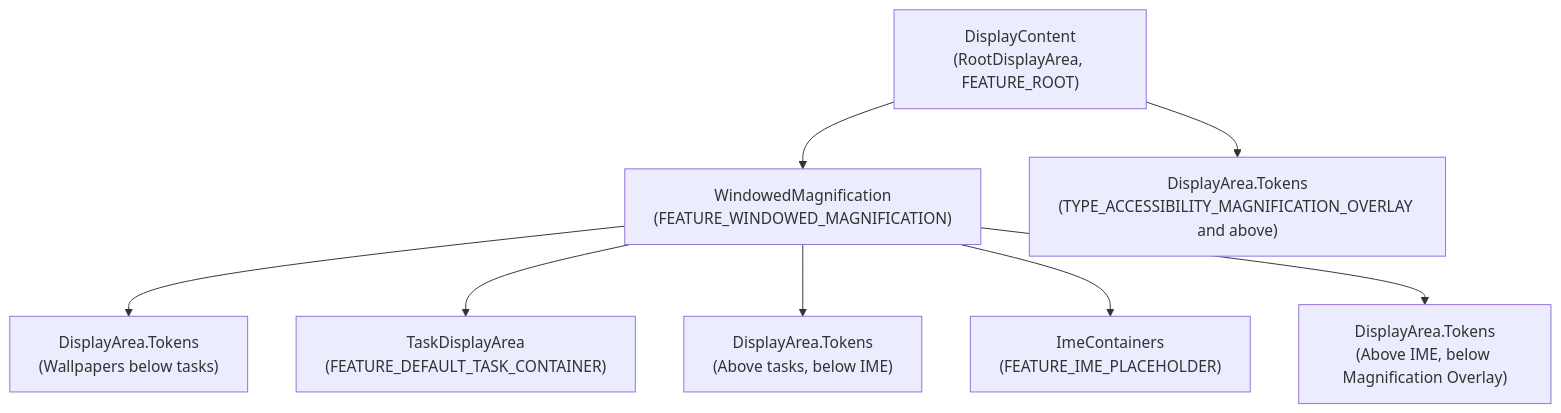
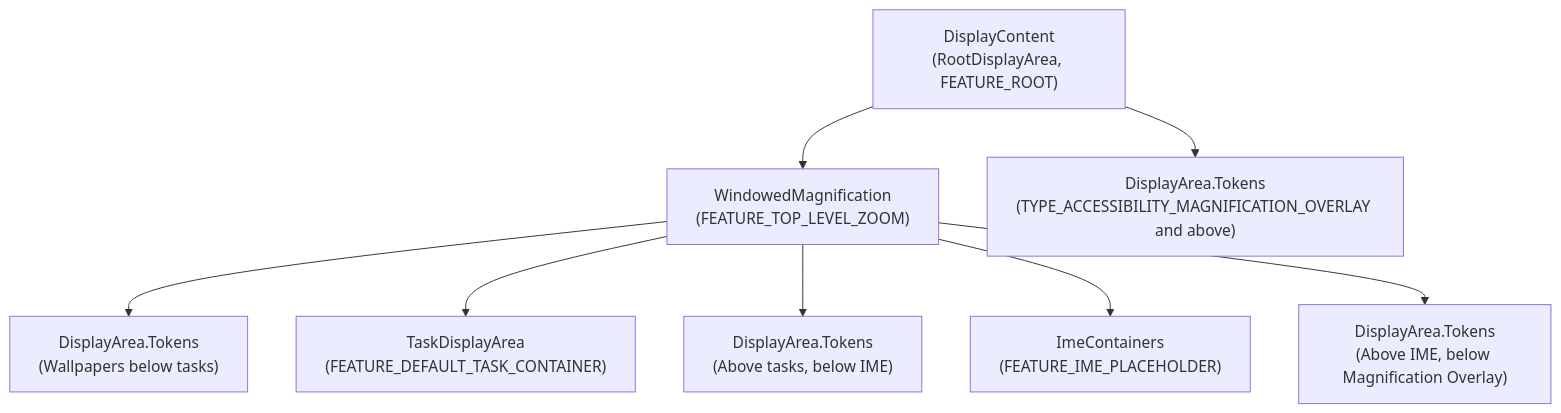
Before and after one commit to aospbooks/aosp-internal-book: the seventh of 43 diagrams in 24-display-system.md, drawn with Mermaid. The commit also changed other lines of this file and 137 other files, not shown here.

````diff
--- a/24-display-system.md
+++ b/24-display-system.md
@@ -527,19 +527,19 @@
 ```mermaid
 graph TD
     DC["DisplayContent<br/>(RootDisplayArea, FEATURE_ROOT)"]
-    WM["WindowedMagnification<br/>(FEATURE_WINDOWED_MAGNIFICATION)"]
+    WM["WindowedMagnification<br/>(FEATURE_TOP_LEVEL_ZOOM)"]
     BT["DisplayArea.Tokens<br/>(Wallpapers below tasks)"]
     TDA["TaskDisplayArea<br/>(FEATURE_DEFAULT_TASK_CONTAINER)"]
     ATI["DisplayArea.Tokens<br/>(Above tasks, below IME)"]
     IME["ImeContainers<br/>(FEATURE_IME_PLACEHOLDER)"]
     ATW["DisplayArea.Tokens<br/>(Above IME, below Magnification Overlay)"]
     MAG["DisplayArea.Tokens<br/>(TYPE_ACCESSIBILITY_MAGNIFICATION_OVERLAY and above)"]
 
     DC --> WM
     DC --> MAG
     WM --> BT
     WM --> TDA
     WM --> ATI
     WM --> IME
     WM --> ATW
 ```
````
